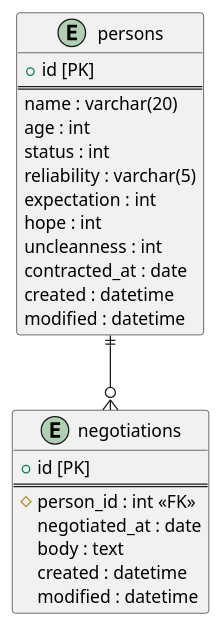
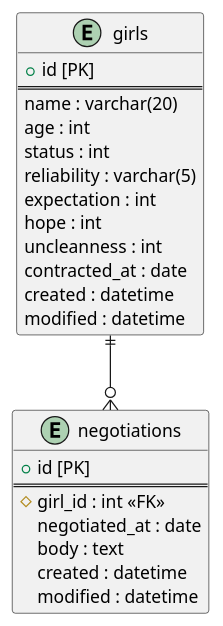
The diagram in src/030_db/images/er.puml (kojiro526/witch-contract-design), drawn with PlantUML before and after one commit. The commit also changed 25 other files, not shown here.

```diff
--- a/src/030_db/images/er.puml
+++ b/src/030_db/images/er.puml
@@ -1,30 +1,30 @@
 @startuml{er.png}
 
-entity "persons" {
+entity "girls" {
   + id [PK]
   ==
   name : varchar(20)
   age : int
   status : int
   reliability : varchar(5)
   expectation : int
   hope : int
   uncleanness : int
   contracted_at : date
   created : datetime
   modified : datetime
 }
 
 entity "negotiations" {
   + id [PK]
   ==
-  #person_id : int <<FK>>
+  #girl_id : int <<FK>>
   negotiated_at : date
   body : text
   created : datetime
   modified : datetime
 }
 
-persons ||--o{ negotiations
+girls ||--o{ negotiations
 
 @enduml
```
